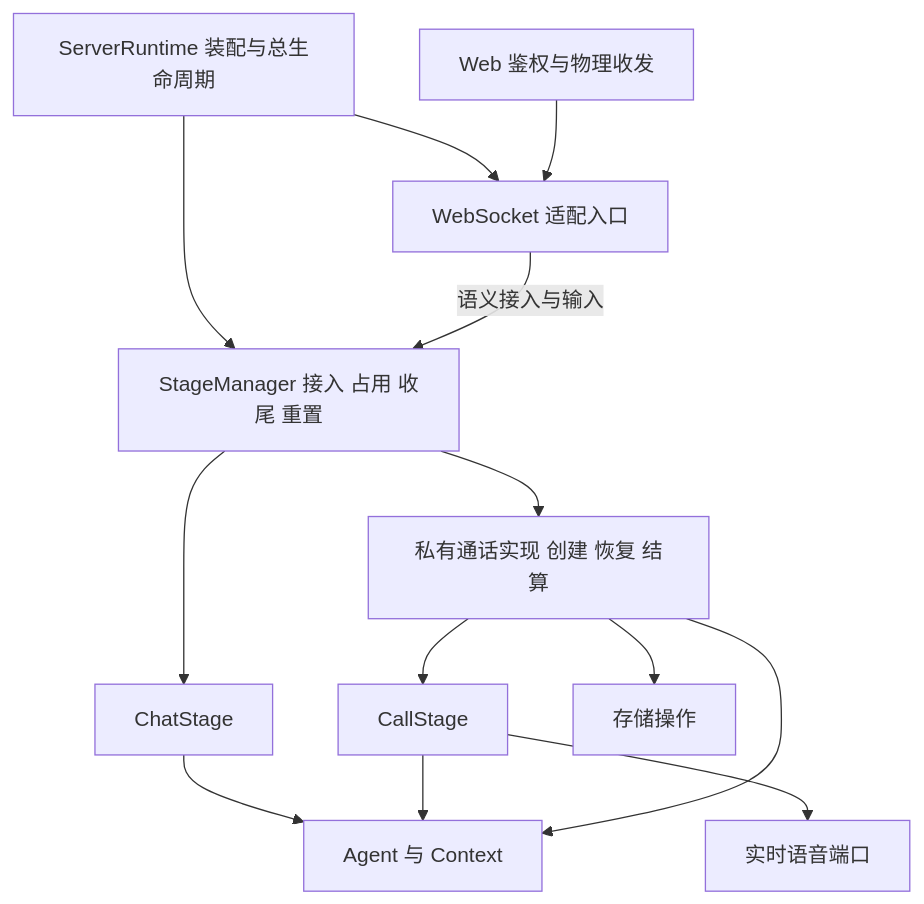
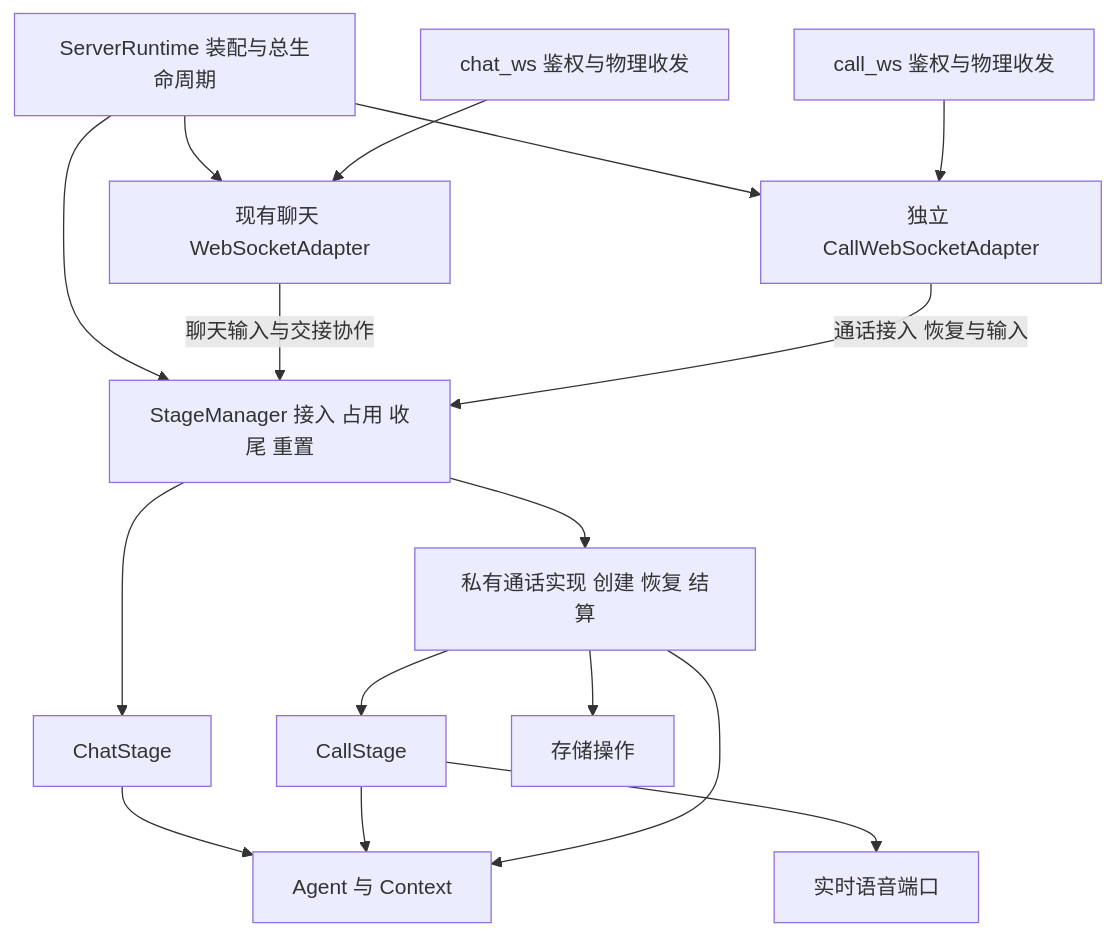
The diagram in docs/开发进程文档/实时通话深模块重构交接.md (SheepLiu712/Agent-LuoTianyi), drawn with Mermaid before and after one commit. The commit also changed other lines of this file and 1 other file, not shown here.

Commit message:
docs(call): define adapter ownership and startup recovery contract

````diff
--- a/docs/开发进程文档/实时通话深模块重构交接.md
+++ b/docs/开发进程文档/实时通话深模块重构交接.md
@@ -180,15 +180,18 @@
 ```mermaid
 flowchart TD
     Root[ServerRuntime 装配与总生命周期] --> Manager[StageManager 接入 占用 收尾 重置]
-    Root --> Adapter[WebSocket 适配入口]
-    Web[Web 鉴权与物理收发] --> Adapter
-    Adapter -->|语义接入与输入| Manager
+    Root --> ChatAdapter[现有聊天 WebSocketAdapter]
+    Root --> CallAdapter[独立 CallWebSocketAdapter]
+    ChatWeb[chat_ws 鉴权与物理收发] --> ChatAdapter
+    CallWeb[call_ws 鉴权与物理收发] --> CallAdapter
+    ChatAdapter -->|聊天输入与交接协作| Manager
+    CallAdapter -->|通话接入 恢复与输入| Manager
     Manager --> Chat[ChatStage]
     Manager --> Calls[私有通话实现 创建 恢复 结算]
     Calls --> Call[CallStage]
     Chat --> Agent[Agent 与 Context]
     Call --> Agent
     Calls --> Agent
     Calls --> Store[存储操作]
     Call --> Speech[实时语音端口]
 ```
````
